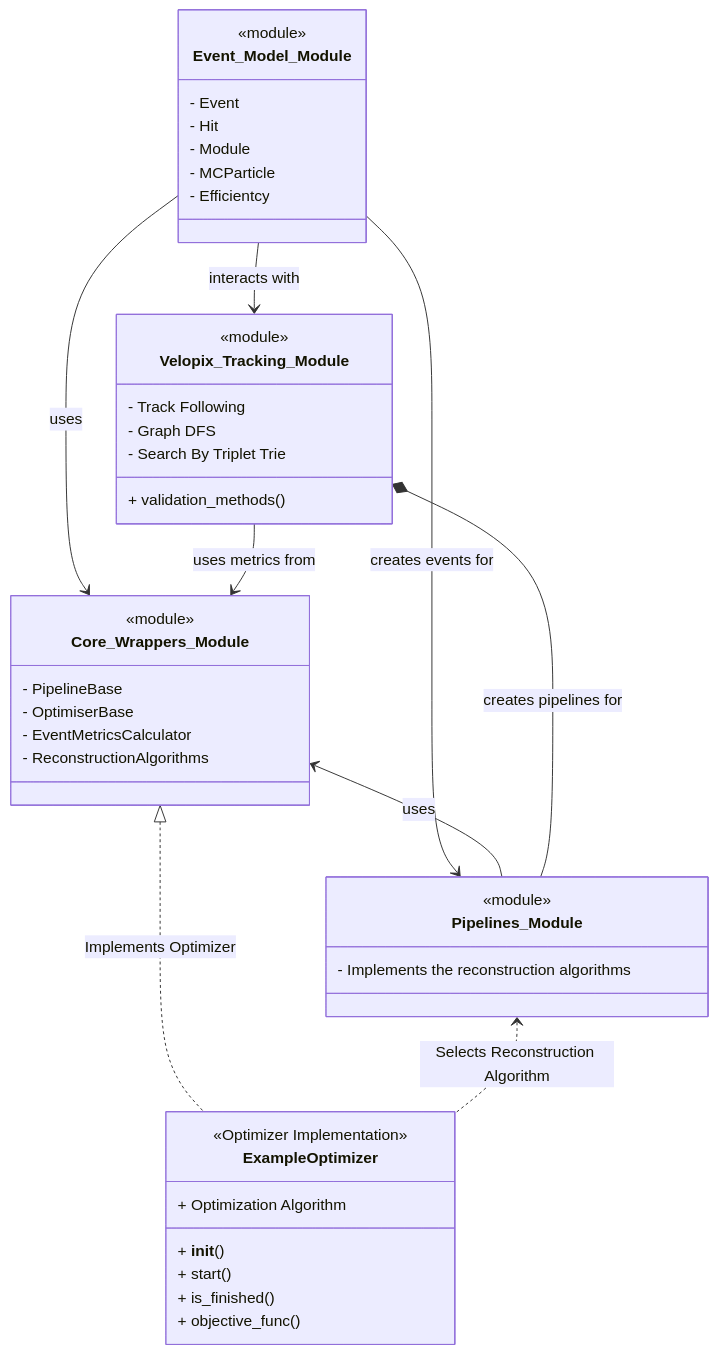
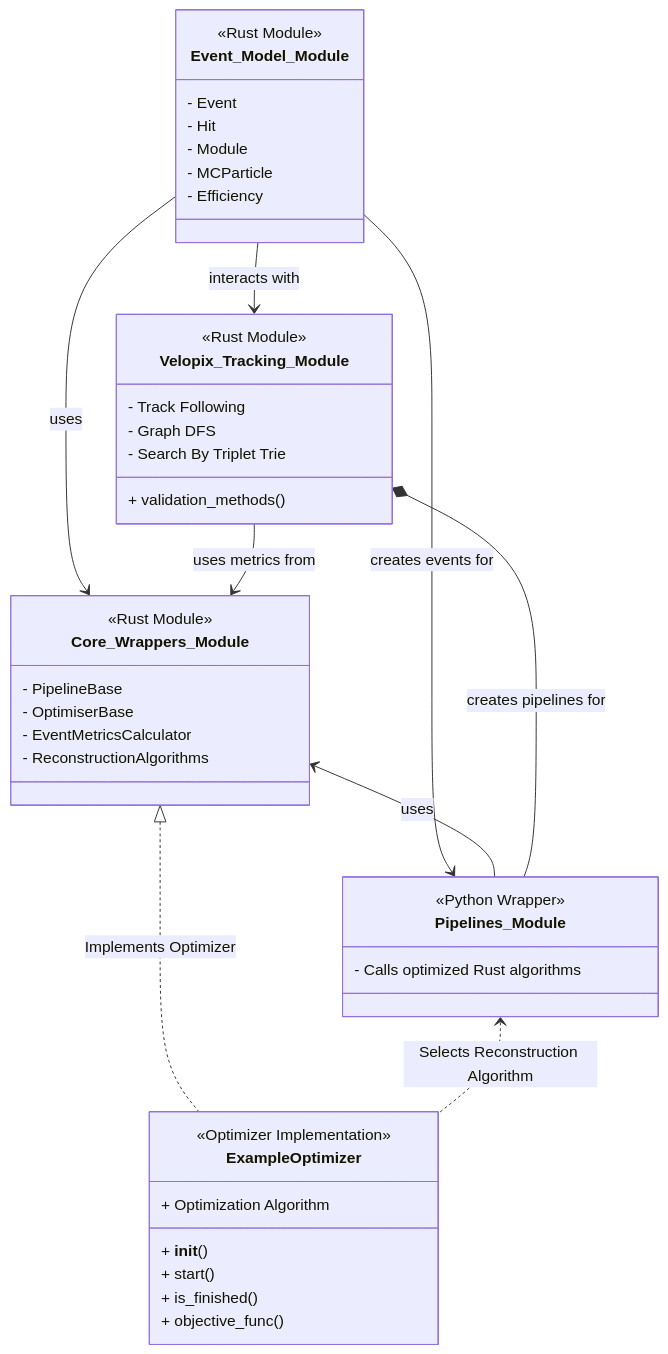
Before and after one commit to SvenHockers/velopix_tracking: the diagram in readme.md, drawn with Mermaid. The commit also changed other lines of this file and 3 other files, not shown here.

````diff
--- a/readme.md
+++ b/readme.md
@@ -143,39 +154,39 @@
 ```mermaid
 classDiagram
-class Event_Model_Module {<<module>>
+class Event_Model_Module {<<Rust Module>>
 - Event
 - Hit
 - Module
 - MCParticle
-- Efficientcy} 
-class Velopix_Tracking_Module {<<module>>
+- Efficiency} 
+class Velopix_Tracking_Module {<<Rust Module>>
 - Track Following
 - Graph DFS
 - Search By Triplet Trie
 + validation_methods()} 
-class Core_Wrappers_Module {<<module>>
+class Core_Wrappers_Module {<<Rust Module>>
 - PipelineBase
 - OptimiserBase
 - EventMetricsCalculator
 - ReconstructionAlgorithms} 
-class Pipelines_Module {<<module>>
- - Implements the reconstruction algorithms
+class Pipelines_Module {<<Python Wrapper>>
+ - Calls optimized Rust algorithms
 } 
 class ExampleOptimizer {<<Optimizer Implementation>>
     + Optimization Algorithm
     + __init__()
     + start()
     + is_finished()
     + objective_func()}
 
 Event_Model_Module --> Velopix_Tracking_Module : interacts with
 Event_Model_Module --> Core_Wrappers_Module : uses
 Event_Model_Module --> Pipelines_Module : creates events for
 Core_Wrappers_Module <-- Pipelines_Module : uses 
 
 Velopix_Tracking_Module --> Core_Wrappers_Module : uses metrics from
 Velopix_Tracking_Module *-- Pipelines_Module : creates pipelines for
 
 Core_Wrappers_Module <|.. ExampleOptimizer : Implements Optimizer
 Pipelines_Module <.. ExampleOptimizer : Selects Reconstruction Algorithm
 ```
````
